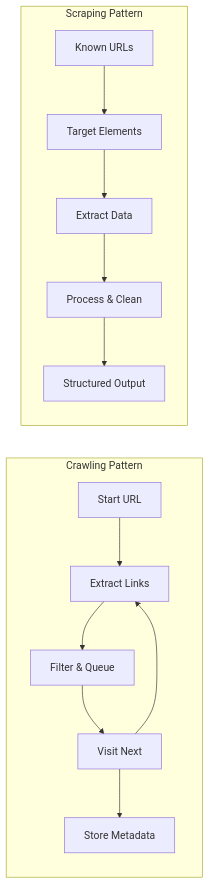
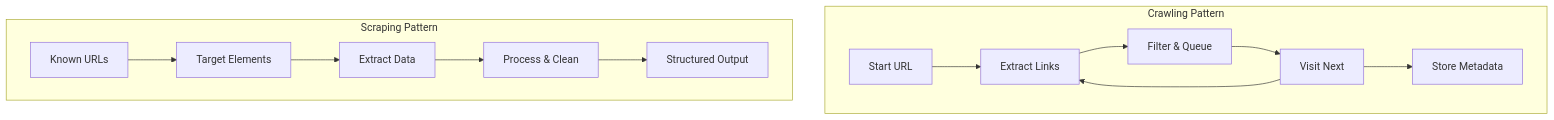
The second of 2 diagrams in _posts/2025-05-05-scraping-vs-crawling-differences.md (bytetunnels/bytetunnels.github.com), drawn with Mermaid before and after one commit. The commit also changed 25 other files, not shown here.

Commit message:
chore: fixed mermaid charts

````diff
--- a/_posts/2025-05-05-scraping-vs-crawling-differences.md
+++ b/_posts/2025-05-05-scraping-vs-crawling-differences.md
@@ -213,17 +213,19 @@
 ```mermaid
-flowchart LR
-    subgraph "Crawling Pattern"
-        CR1[Start URL] --> CR2[Extract Links]
+flowchart TD
+    subgraph CP["Crawling Pattern"]
+        CR1[Start URL]
+        CR1 --> CR2[Extract Links]
         CR2 --> CR3[Filter & Queue]
         CR3 --> CR4[Visit Next]
         CR4 --> CR2
         CR4 --> CR5[Store Metadata]
     end
-    
-    subgraph "Scraping Pattern"  
-        SC1[Known URLs] --> SC2[Target Elements]
+
+    subgraph SP["Scraping Pattern"]
+        SC1[Known URLs]
+        SC1 --> SC2[Target Elements]
         SC2 --> SC3[Extract Data]
         SC3 --> SC4[Process & Clean]
         SC4 --> SC5[Structured Output]
     end
 ```
````
